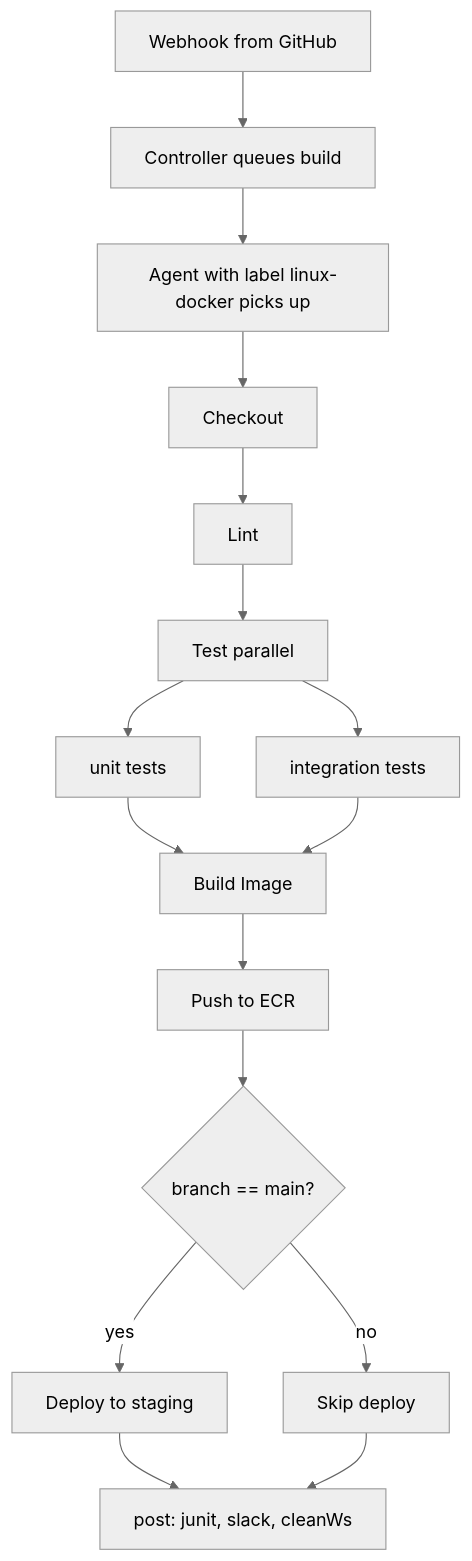
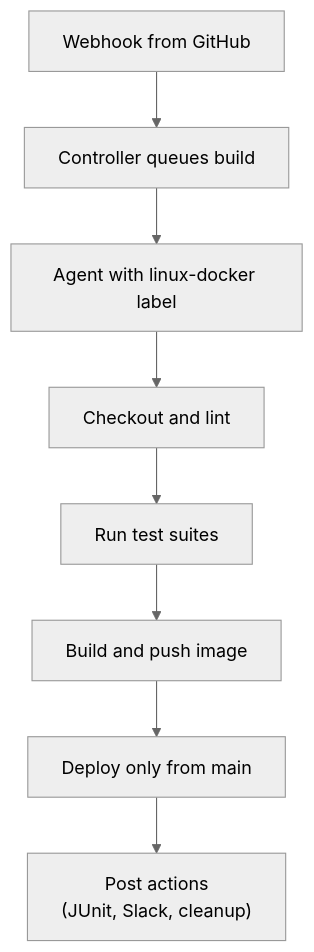
One commit to senlinyy/dev-roadmaps changed the diagram in cicd/jenkins/pipelines-and-jenkinsfile.md. Above: the diagram before and after it, drawn with Mermaid (neutral theme). The commit also changed 89 other files, not shown here.

````diff
--- a/cicd/jenkins/pipelines-and-jenkinsfile.md
+++ b/cicd/jenkins/pipelines-and-jenkinsfile.md
@@ -78,18 +78,10 @@
 ```mermaid
 flowchart TD
-    A[Webhook from GitHub] --> B[Controller queues build]
-    B --> C[Agent with label linux-docker picks up]
-    C --> D[Checkout]
-    D --> E[Lint]
-    E --> F[Test parallel]
-    F --> F1[unit tests]
-    F --> F2[integration tests]
-    F1 --> G[Build Image]
-    F2 --> G
-    G --> H[Push to ECR]
-    H --> I{branch == main?}
-    I -->|yes| J[Deploy to staging]
-    I -->|no| K[Skip deploy]
-    J --> L[post: junit, slack, cleanWs]
-    K --> L
+    A["Webhook from GitHub"] --> B["Controller queues build"]
+    B --> C["Agent with linux-docker label"]
+    C --> D["Checkout and lint"]
+    D --> E["Run test suites"]
+    E --> F["Build and push image"]
+    F --> G["Deploy only from main"]
+    G --> H["Post actions<br/>(JUnit, Slack, cleanup)"]
 ```
````
